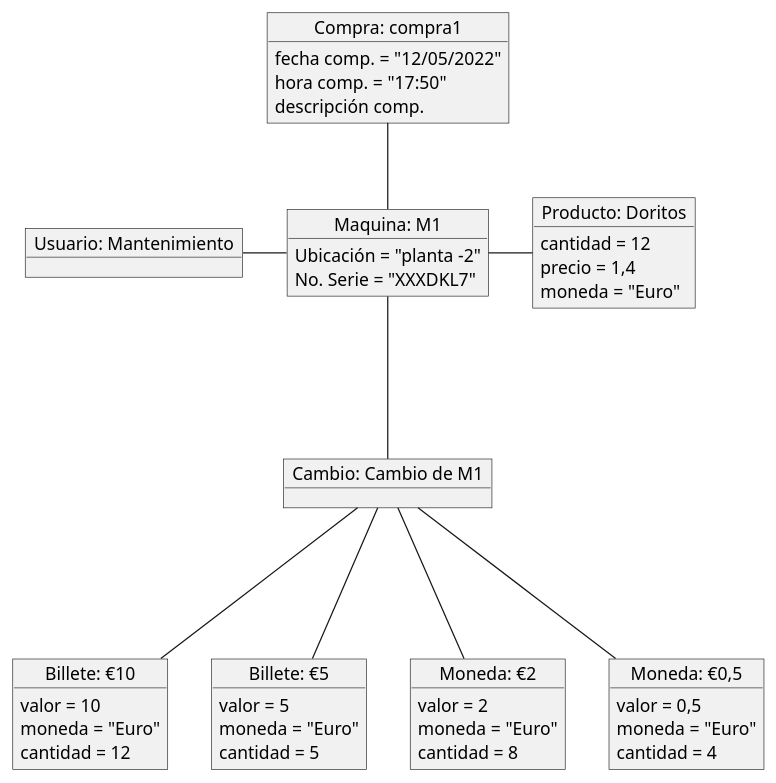
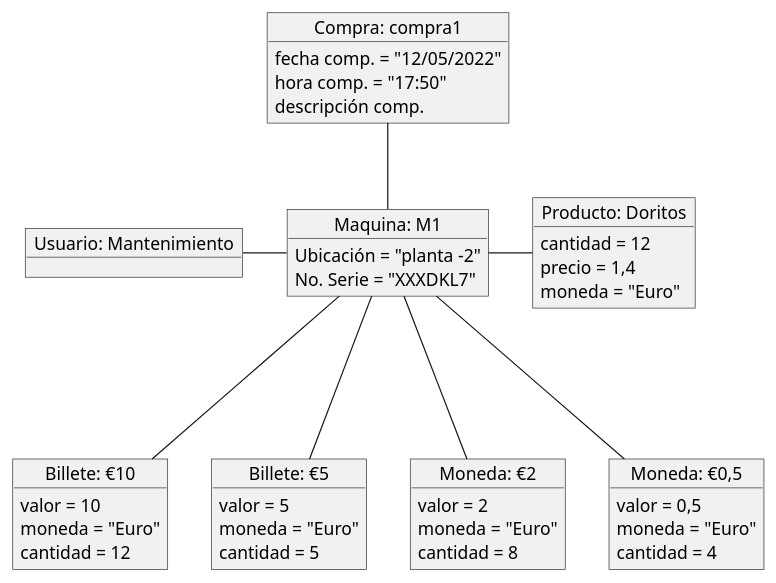
One commit to mmasias/IdSw2-22-23 changed the diagram in Grupo2/diagrama-de-objetos/objetos.plantuml. Above: the diagram before and after it, drawn with PlantUML. The commit also changed 5 other files, not shown here.

Commit message:
Actualizacion de los diagramas en base a la primer revision

```diff
--- a/Grupo2/diagrama-de-objetos/objetos.plantuml
+++ b/Grupo2/diagrama-de-objetos/objetos.plantuml
@@ -1,59 +1,55 @@
 @startuml objetos
 object "Maquina: M1" as maq1{
 Ubicación = "planta -2"
 No. Serie = "XXXDKL7"
 }
 
 object "Compra: compra1" as comp1{
 fecha comp. = "12/05/2022"
 hora comp. = "17:50"
 descripción comp. 
 }
 
 object "Usuario: Mantenimiento" as man1{
 }
 
 object "Billete: €10" as b10{
 valor = 10
 moneda = "Euro"
 cantidad = 12
 }
 
 object "Billete: €5" as b5{
 valor = 5
 moneda = "Euro"
 cantidad = 5
 }
 
 object "Moneda: €2" as m2{
 valor = 2
 moneda = "Euro"
 cantidad = 8
 }
 
 object "Moneda: €0,5" as m05{
 valor = 0,5
 moneda = "Euro"
 cantidad = 4
 }
 
-object "Cambio: Cambio de M1" as cambio{
-}
-
 object "Producto: Doritos" as pro1{
 cantidad = 12
 precio = 1,4
 moneda = "Euro"
 }
 
 maq1 --u comp1
 maq1 --l man1 
 
 maq1 --r pro1
-maq1 --- cambio
 
-cambio --- b10
-cambio --- b5
-cambio --- m2
-cambio --- m05
+maq1 --- b10
+maq1 --- b5
+maq1 --- m2
+maq1 --- m05
 @enduml
```
